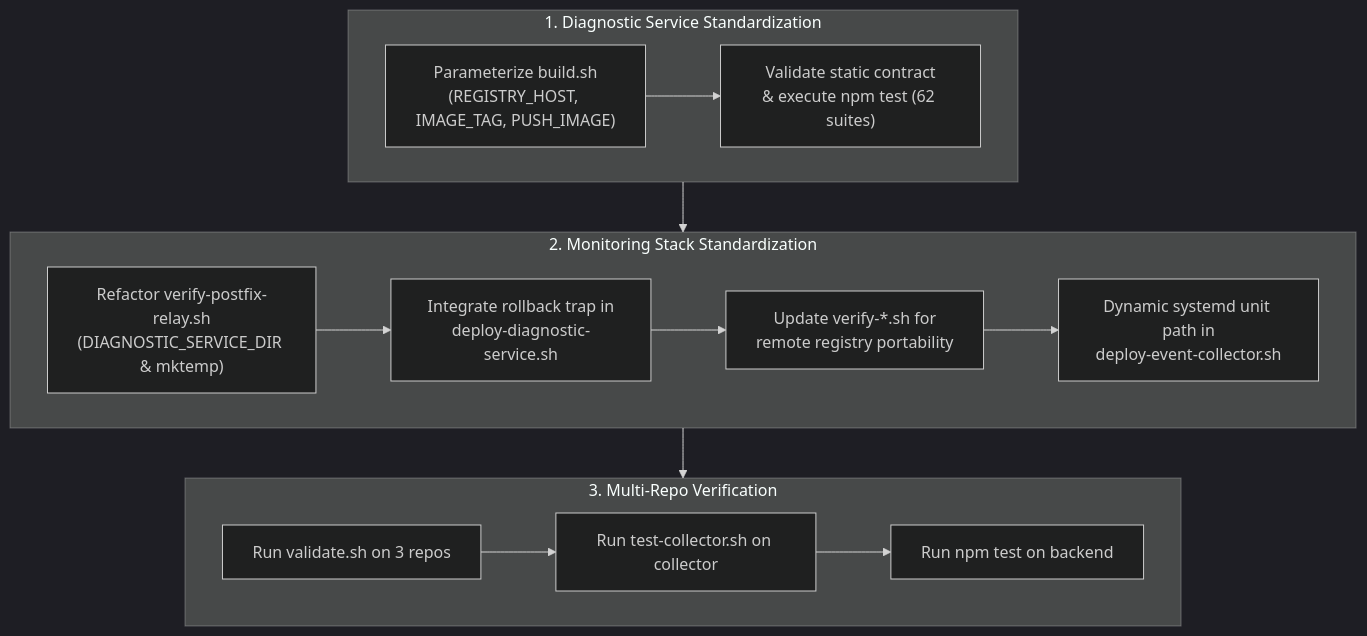
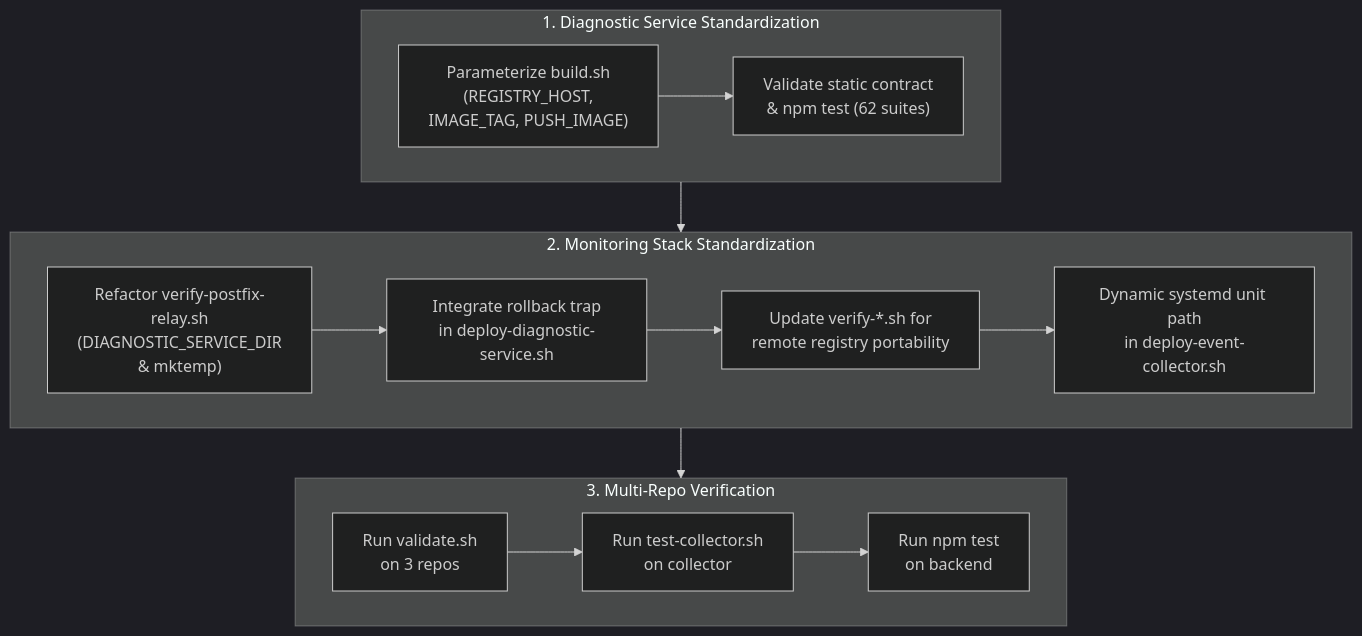
One commit to edkas07-oss/devops-handbook changed the first of 2 diagrams in docs/projects/tomcat-monitoring/engineering-journal/continuous-integration-and-deployment/TN-003-standardize-repositories-for-production-plug-and-play-readiness.md. Above: the diagram before and after it, drawn with Mermaid (dark theme). The commit also changed other lines of this file and 5 other files, not shown here.

Commit message:
docs(journal): polish mermaid box labels, headings, and roadmap numbering in ci-cd journals

````diff
--- a/docs/projects/tomcat-monitoring/engineering-journal/continuous-integration-and-deployment/TN-003-standardize-repositories-for-production-plug-and-play-readiness.md
+++ b/docs/projects/tomcat-monitoring/engineering-journal/continuous-integration-and-deployment/TN-003-standardize-repositories-for-production-plug-and-play-readiness.md
@@ -91,25 +91,25 @@
 ```mermaid
 flowchart TD
     subgraph S1["1. Diagnostic Service Standardization"]
-        DS1["Parameterize build.sh<br/>(REGISTRY_HOST, IMAGE_TAG, PUSH_IMAGE)"]
-        DS2["Validate static contract<br/>& execute npm test (62 suites)"]
+        DS1["Parameterize build.sh<br/>(REGISTRY_HOST,<br/>IMAGE_TAG, PUSH_IMAGE)"]
+        DS2["Validate static contract<br/>& npm test (62 suites)"]
         DS1 --> DS2
     end
 
     subgraph S2["2. Monitoring Stack Standardization"]
-        TM1["Refactor verify-postfix-relay.sh<br/>(DIAGNOSTIC_SERVICE_DIR & mktemp)"]
-        TM2["Integrate rollback trap in<br/>deploy-diagnostic-service.sh"]
+        TM1["Refactor verify-postfix-relay.sh<br/>(DIAGNOSTIC_SERVICE_DIR<br/>& mktemp)"]
+        TM2["Integrate rollback trap<br/>in deploy-diagnostic-service.sh"]
         TM3["Update verify-*.sh for<br/>remote registry portability"]
-        TM4["Dynamic systemd unit path in<br/>deploy-event-collector.sh"]
+        TM4["Dynamic systemd unit path<br/>in deploy-event-collector.sh"]
         TM1 --> TM2 --> TM3 --> TM4
     end
 
     subgraph S3["3. Multi-Repo Verification"]
-        VR1["Run validate.sh on 3 repos"]
-        VR2["Run test-collector.sh on collector"]
-        VR3["Run npm test on backend"]
+        VR1["Run validate.sh<br/>on 3 repos"]
+        VR2["Run test-collector.sh<br/>on collector"]
+        VR3["Run npm test<br/>on backend"]
         VR1 --> VR2 --> VR3
     end
 
     S1 --> S2 --> S3
 ```
````
